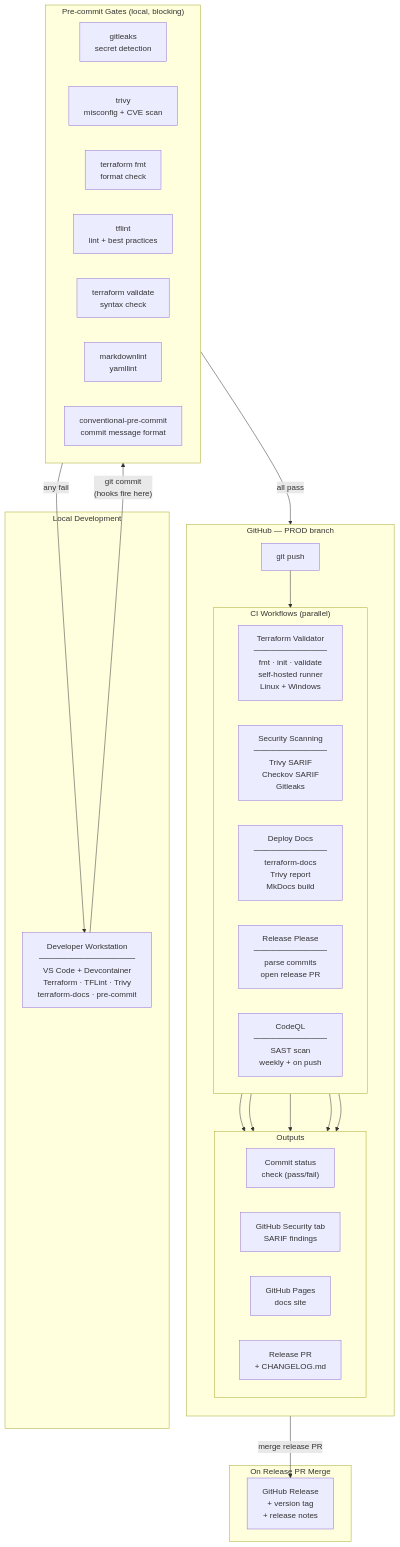
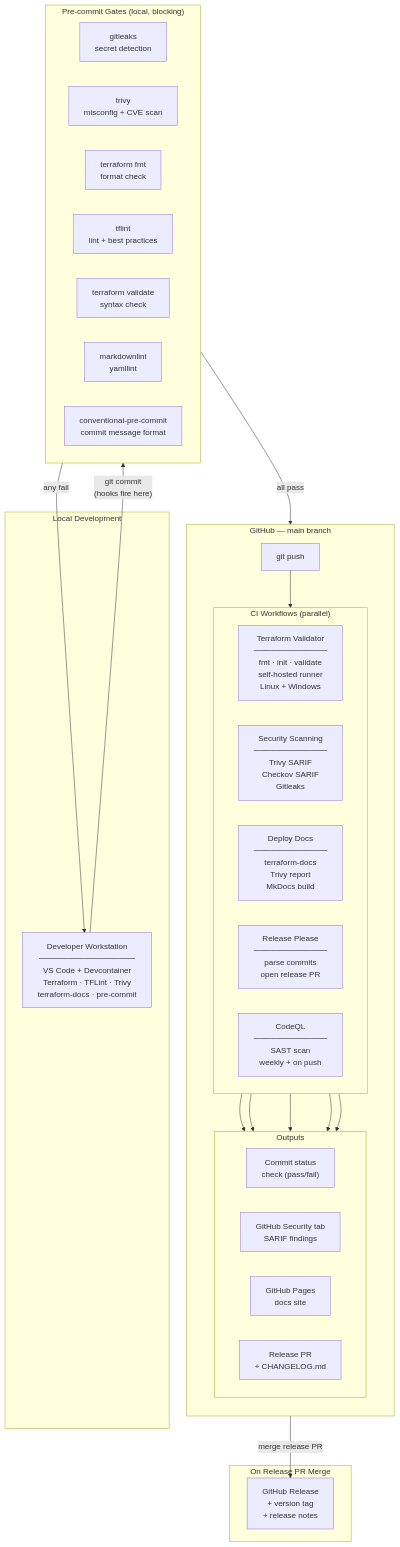
One commit to nwarila-platform/proxmox-vm-terraform-framework changed the first of 4 diagrams in docs/architecture.md. Above: the diagram before and after it, drawn with Mermaid. The commit also changed other lines of this file and 13 other files, not shown here.

Commit message:
ci: migrate all branch references from PROD to main

````diff
--- a/docs/architecture.md
+++ b/docs/architecture.md
@@ -13,54 +13,54 @@
 ```mermaid
 flowchart TD
     subgraph local["Local Development"]
         DEV["Developer Workstation\n─────────────────\nVS Code + Devcontainer\nTerraform · TFLint · Trivy\nterraform-docs · pre-commit"]
     end
 
     subgraph hooks["Pre-commit Gates (local, blocking)"]
         direction LR
         H1["gitleaks\nsecret detection"]
         H2["trivy\nmisconfig + CVE scan"]
         H3["terraform fmt\nformat check"]
         H4["tflint\nlint + best practices"]
         H5["terraform validate\nsyntax check"]
         H6["markdownlint\nyamllint"]
         H7["conventional-pre-commit\ncommit message format"]
     end
 
-    subgraph github["GitHub — PROD branch"]
+    subgraph github["GitHub — main branch"]
         direction TB
         PUSH["git push"]
 
         subgraph ci["CI Workflows (parallel)"]
             direction LR
             WF1["Terraform Validator\n─────────────\nfmt · init · validate\nself-hosted runner\nLinux + Windows"]
             WF2["Security Scanning\n─────────────\nTrivy SARIF\nCheckov SARIF\nGitleaks"]
             WF3["Deploy Docs\n─────────────\nterraform-docs\nTrivy report\nMkDocs build"]
             WF4["Release Please\n─────────────\nparse commits\nopen release PR"]
             WF5["CodeQL\n─────────────\nSAST scan\nweekly + on push"]
         end
 
         subgraph artifacts["Outputs"]
             direction LR
             A1["Commit status\ncheck (pass/fail)"]
             A2["GitHub Security tab\nSARIF findings"]
             A3["GitHub Pages\ndocs site"]
             A4["Release PR\n+ CHANGELOG.md"]
         end
     end
 
     subgraph release["On Release PR Merge"]
         R1["GitHub Release\n+ version tag\n+ release notes"]
     end
 
     DEV -->|"git commit\n(hooks fire here)"| hooks
     hooks -->|"all pass"| PUSH
     hooks -->|"any fail"| DEV
     PUSH --> ci
     WF1 --> A1
     WF2 --> A2
     WF3 --> A3
     WF4 --> A4
     WF5 --> A2
     A4 -->|"merge release PR"| R1
 ```
````
